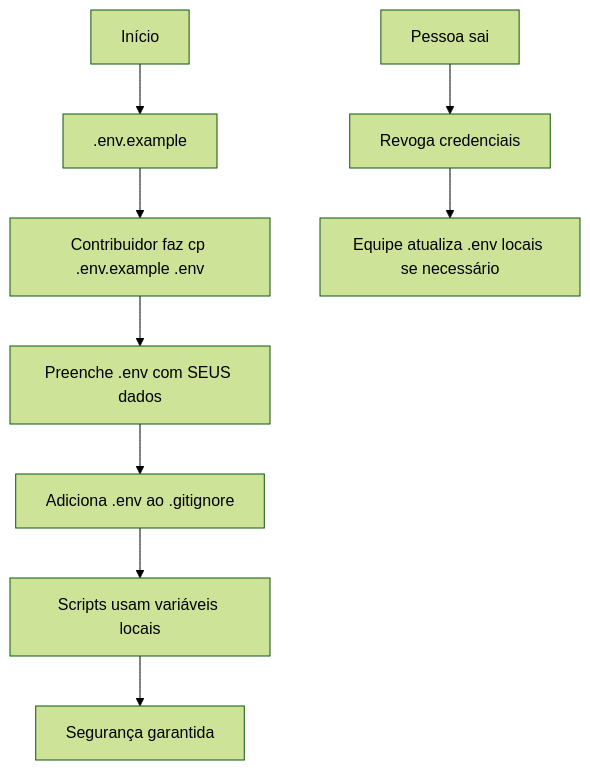
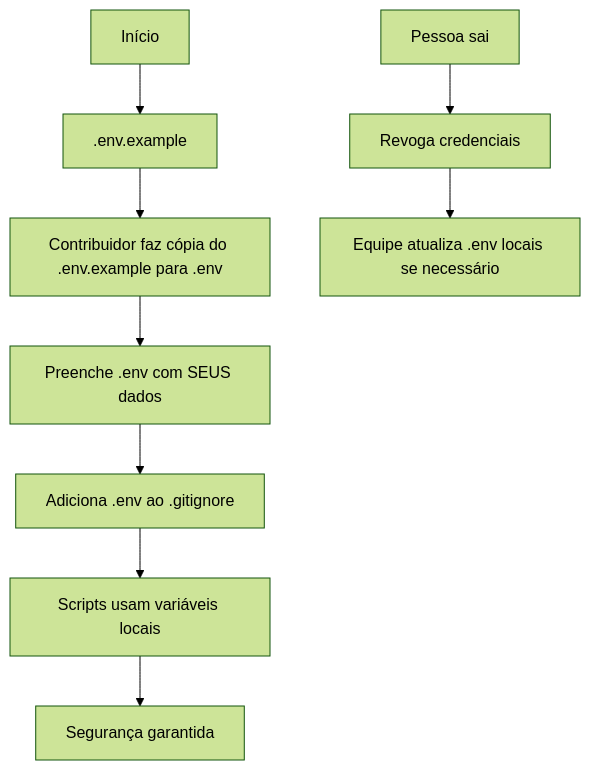
One commit to alcancil/Cisco changed the first of 2 diagrams in CCNP 350-401 ENCOR/06 - Automation/15- Python - Basico 10 - Manipulacao de arquivos/Arquivos/env/README.md. Above: the diagram before and after it, drawn with Mermaid (forest theme). The commit also changed other lines of this file, not shown here.

Commit message:
Alterado o arquivo README.nd

````diff
--- a/CCNP 350-401 ENCOR/06 - Automation/15- Python - Basico 10 - Manipulacao de arquivos/Arquivos/env/README.md
+++ b/CCNP 350-401 ENCOR/06 - Automation/15- Python - Basico 10 - Manipulacao de arquivos/Arquivos/env/README.md
@@ -109,12 +109,12 @@
 ```mermaid
 flowchart TB
     A[Início] --> B[.env.example]
-    B --> C[Contribuidor faz cp .env.example .env]
+    B --> C[Contribuidor faz cópia do .env.example para .env]
     C --> D[Preenche .env com SEUS dados]
     D --> E[Adiciona .env ao .gitignore]
     E --> F[Scripts usam variáveis locais]
     F --> G[Segurança garantida]
 
     H[Pessoa sai] --> I[Revoga credenciais]
     I --> J[Equipe atualiza .env locais se necessário]
 ```
````
